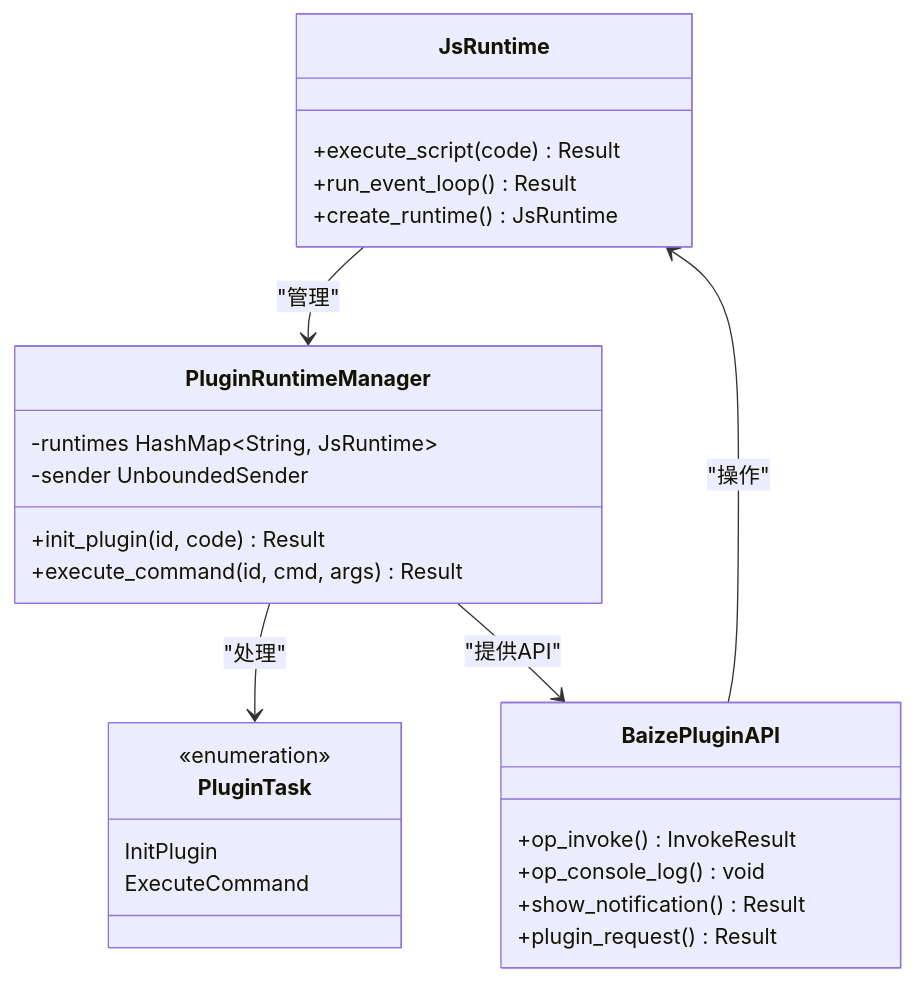
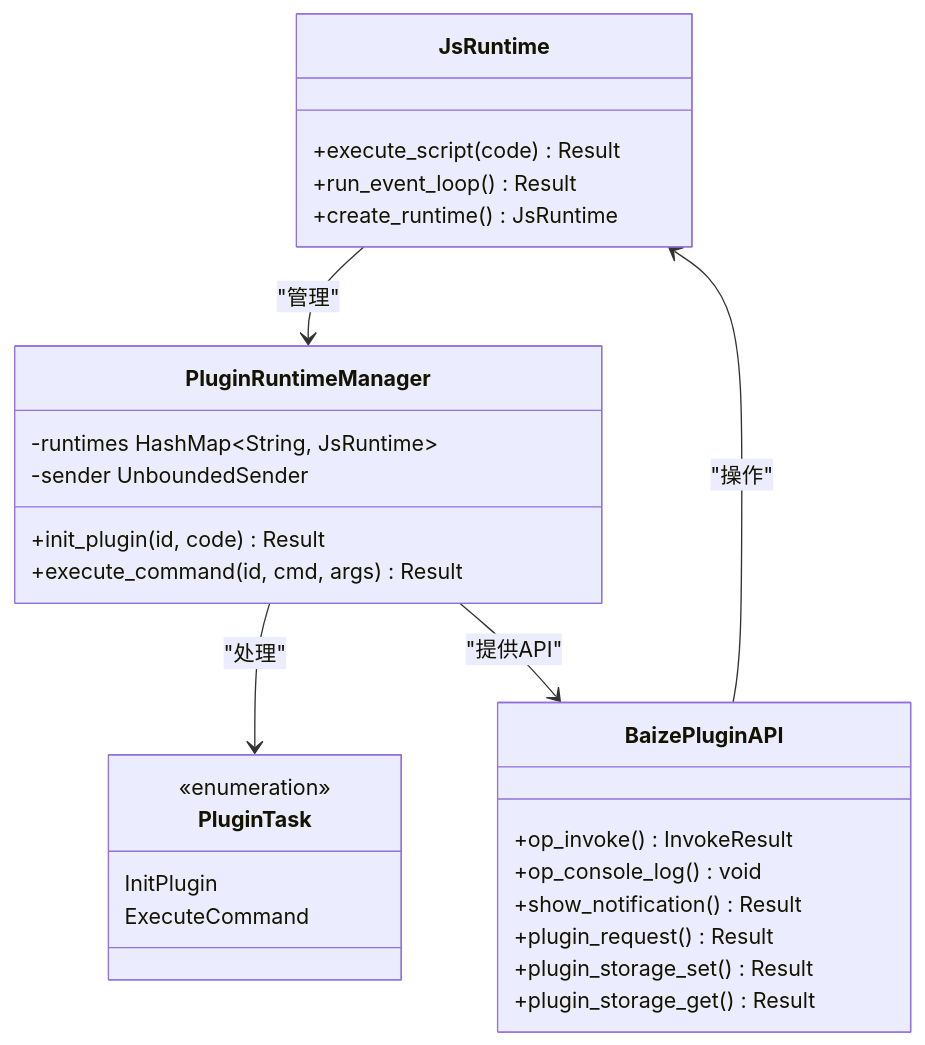
Before and after one commit to Onin-app/Onin: the third of 12 diagrams in .qoder/repowiki/zh/content/核心功能详解/插件系统架构/插件系统架构.md, drawn with Mermaid. The commit also changed other lines of this file and 14 other files, not shown here.

````diff
--- a/.qoder/repowiki/zh/content/核心功能详解/插件系统架构/插件系统架构.md
+++ b/.qoder/repowiki/zh/content/核心功能详解/插件系统架构/插件系统架构.md
@@ -159,29 +168,31 @@
 ```mermaid
 classDiagram
 class JsRuntime {
 +execute_script(code) Result
 +run_event_loop() Result
 +create_runtime() JsRuntime
 }
 class PluginRuntimeManager {
 +init_plugin(id, code) Result
 +execute_command(id, cmd, args) Result
 -runtimes HashMap~String, JsRuntime~
 -sender UnboundedSender
 }
 class PluginTask {
 <<enumeration>>
 InitPlugin
 ExecuteCommand
 }
 class BaizePluginAPI {
 +op_invoke() InvokeResult
 +op_console_log() void
 +show_notification() Result
 +plugin_request() Result
++plugin_storage_set() Result
++plugin_storage_get() Result
 }
 JsRuntime --> PluginRuntimeManager : "管理"
 PluginRuntimeManager --> PluginTask : "处理"
 PluginRuntimeManager --> BaizePluginAPI : "提供API"
 BaizePluginAPI --> JsRuntime : "操作"
 ```
````
